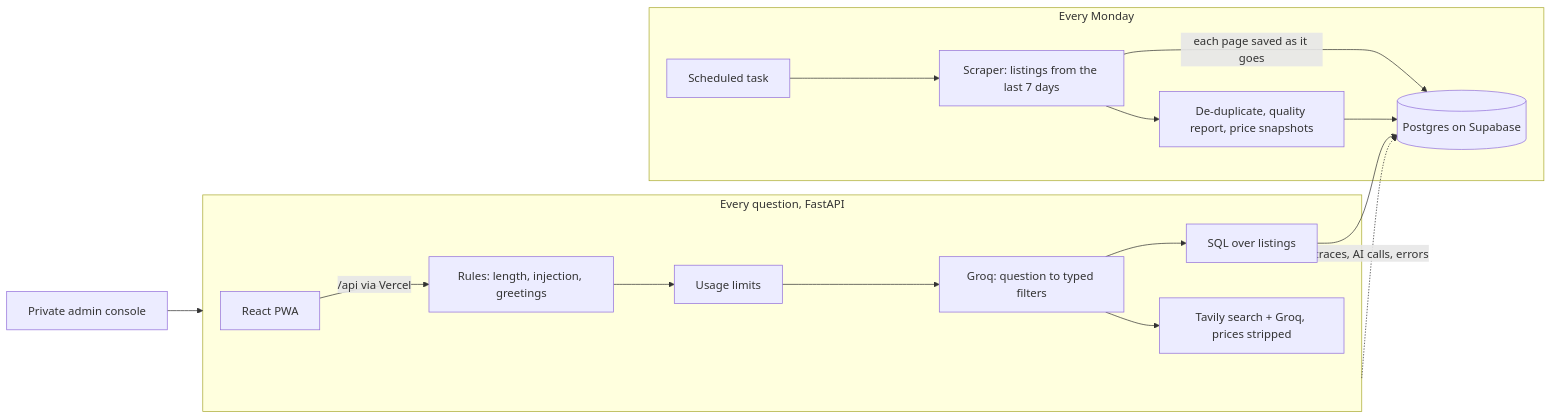
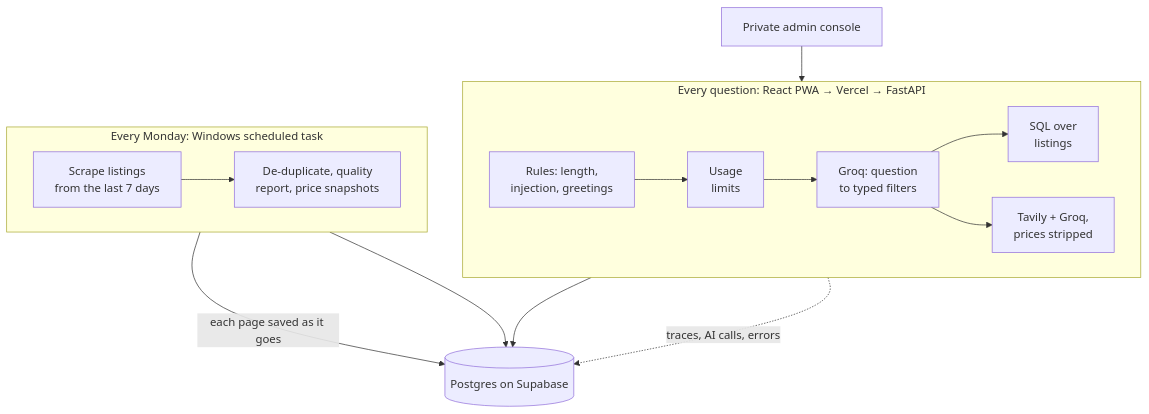
Before and after one commit to Jaywestty/Lagos-Rent-Predictor: the diagram in README.md, drawn with Mermaid.

Commit message:
docs: stack the README architecture diagram so it reads on GitHub

````diff
--- a/README.md
+++ b/README.md
@@ -97,19 +97,19 @@
 ```mermaid
-flowchart LR
+flowchart TB
+    subgraph Q [Every question: React PWA → Vercel → FastAPI]
+        direction LR
+        Guards[Rules: length,<br/>injection, greetings] --> Limits[Usage<br/>limits] --> LLM[Groq: question<br/>to typed filters]
+        LLM --> SQL[SQL over<br/>listings]
+        LLM --> Advice[Tavily + Groq,<br/>prices stripped]
+    end
+    subgraph W [Every Monday: Windows scheduled task]
+        direction LR
+        Scraper[Scrape listings<br/>from the last 7 days] --> Final[De-duplicate, quality<br/>report, price snapshots]
+    end
     DB[(Postgres on Supabase)]
-    subgraph W [Every Monday]
-        Task[Scheduled task] --> Scraper[Scraper: listings from the last 7 days]
-        Scraper -->|each page saved as it goes| DB
-        Scraper --> Final[De-duplicate, quality report, price snapshots] --> DB
-    end
-    subgraph Q [Every question, FastAPI]
-        User[React PWA] -->|/api via Vercel| Guards[Rules: length, injection, greetings]
-        Guards --> Limits[Usage limits]
-        Limits --> LLM[Groq: question to typed filters]
-        LLM --> SQL[SQL over listings]
-        LLM --> Advice[Tavily search + Groq, prices stripped]
-    end
     SQL --> DB
+    Scraper -->|each page saved as it goes| DB
+    Final --> DB
     Q -.->|traces, AI calls, errors| DB
     Admin[Private admin console] --> Q
 ```
````
